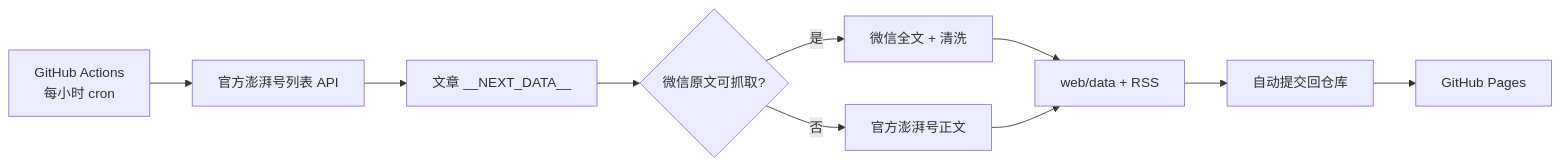
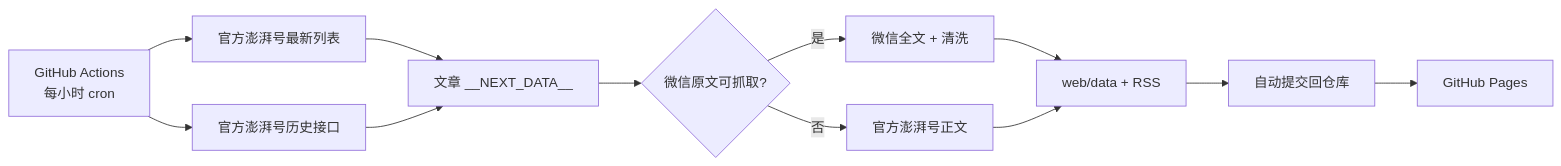
One commit to iCxin/scau-wechat-mirror changed the diagram in README.md. Above: the diagram before and after it, drawn with Mermaid. The commit also changed other lines of this file and 2 other files, not shown here.

````diff
--- a/README.md
+++ b/README.md
@@ -25,12 +26,14 @@
 ```mermaid
 flowchart LR
-  A[GitHub Actions<br/>每小时 cron] --> B[官方澎湃号列表 API]
+  A[GitHub Actions<br/>每小时 cron] --> B[官方澎湃号最新列表]
+  A --> B2[官方澎湃号历史接口]
   B --> C[文章 __NEXT_DATA__]
+  B2 --> C
   C --> D{微信原文可抓取?}
   D -->|是| E[微信全文 + 清洗]
   D -->|否| F[官方澎湃号正文]
   E --> G[web/data + RSS]
   F --> G
   G --> H[自动提交回仓库]
   H --> I[GitHub Pages]
 ```
````
